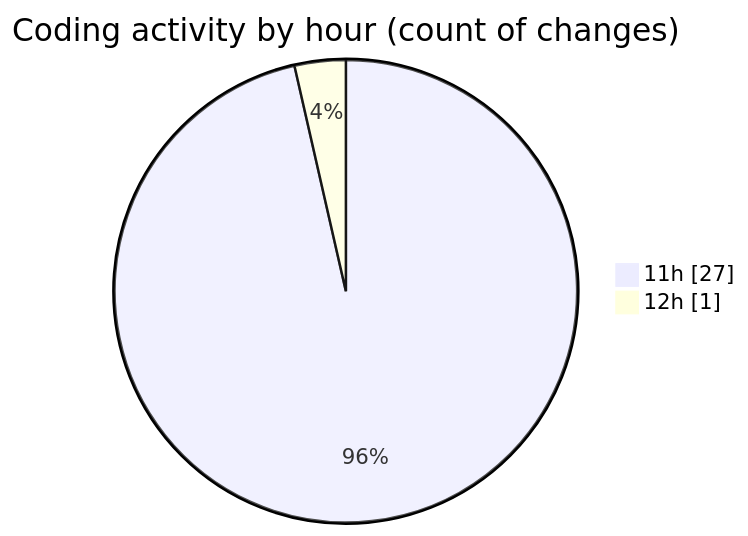
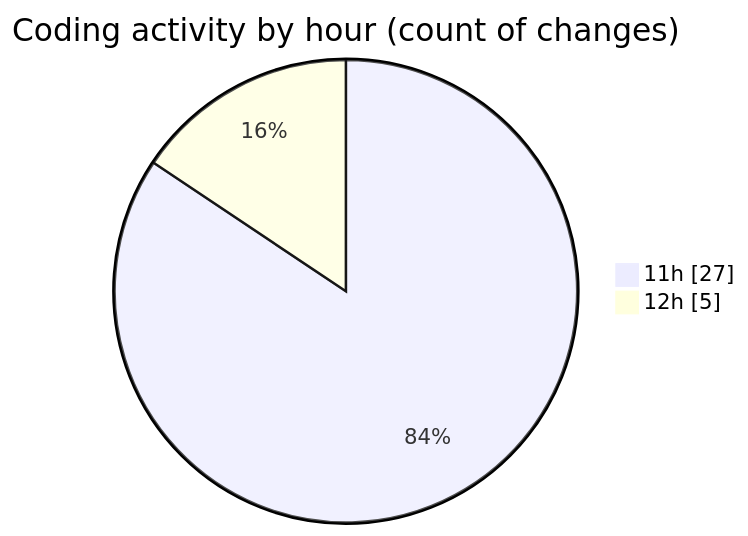
Before and after one commit to MatusMokan/code-tracking: the second of 2 diagrams in 2025-04-18/myws__workspace_/README.md, drawn with Mermaid. The commit also changed other lines of this file and 1 other file, not shown here.

````diff
--- a/2025-04-18/myws__workspace_/README.md
+++ b/2025-04-18/myws__workspace_/README.md
@@ -28,6 +28,6 @@
 ```mermaid
 pie showData
 title Coding activity by hour (count of changes)
 "11h" : 27
-"12h" : 1
+"12h" : 5
 ```
````
